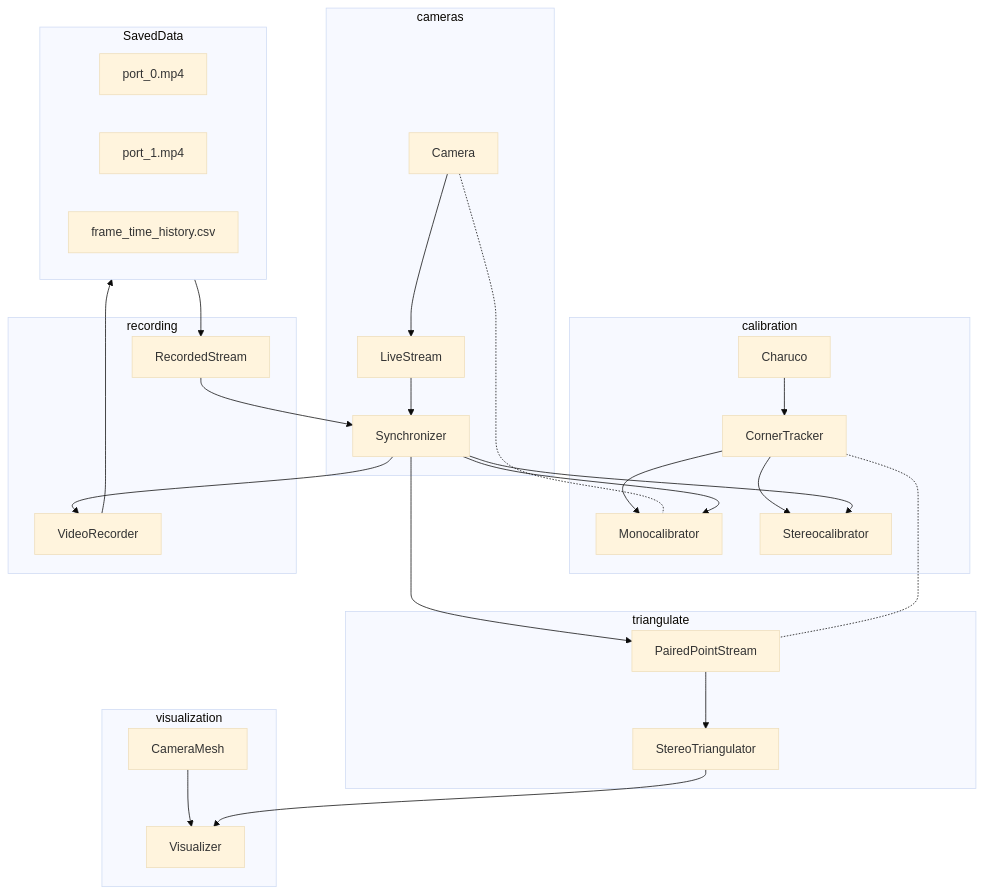
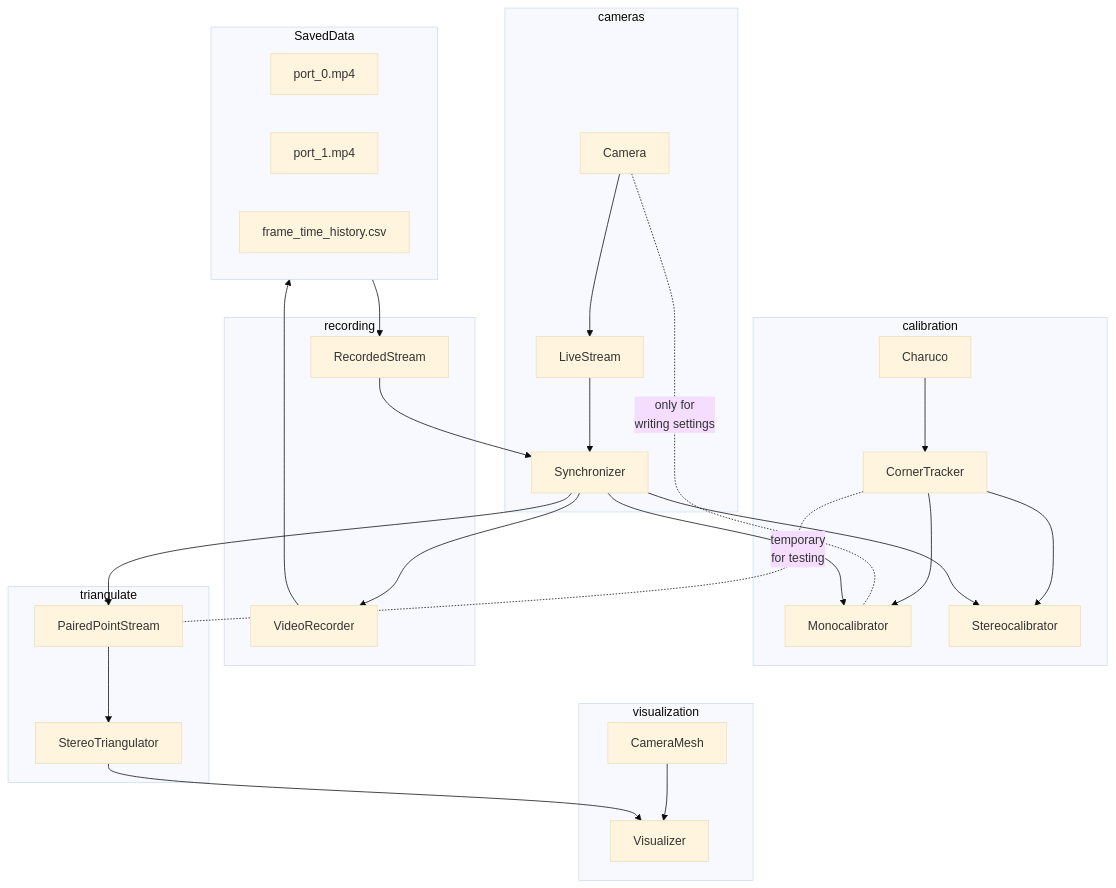
One commit to mprib/caliscope changed the diagram in README.md. Above: the diagram before and after it, drawn with Mermaid (base theme).

Commit message:
update chart

````diff
--- a/README.md
+++ b/README.md
@@ -29,44 +29,44 @@
 ```mermaid
 graph 
 
 subgraph calibration
 Charuco --> CornerTracker
 CornerTracker --> Monocalibrator
 CornerTracker --> Stereocalibrator
 end
 
 subgraph cameras
-Camera -..- Monocalibrator
+Camera -.only for \nwriting settings.- Monocalibrator
 Camera --> LiveStream
 LiveStream --> Synchronizer
 Synchronizer --> Monocalibrator
 Synchronizer --> Stereocalibrator
 end
 
 Synchronizer --> PairedPointStream 
 
 subgraph SavedData
 port_0.mp4
 port_1.mp4
 frame_time_history.csv
 end
 
-CornerTracker -..- PairedPointStream
+CornerTracker -.temporary \nfor testing .- PairedPointStream
 
 subgraph recording
 RecordedStream --> Synchronizer
 Synchronizer --> VideoRecorder
 end
 
 VideoRecorder --> SavedData
 SavedData --> RecordedStream
 
 subgraph triangulate
-PairedPointStream --> StereoTriangulator
+PairedPointStream -->StereoTriangulator
 end
 
 subgraph visualization
 CameraMesh --> Visualizer
 StereoTriangulator --> Visualizer
 end
 ```
````
